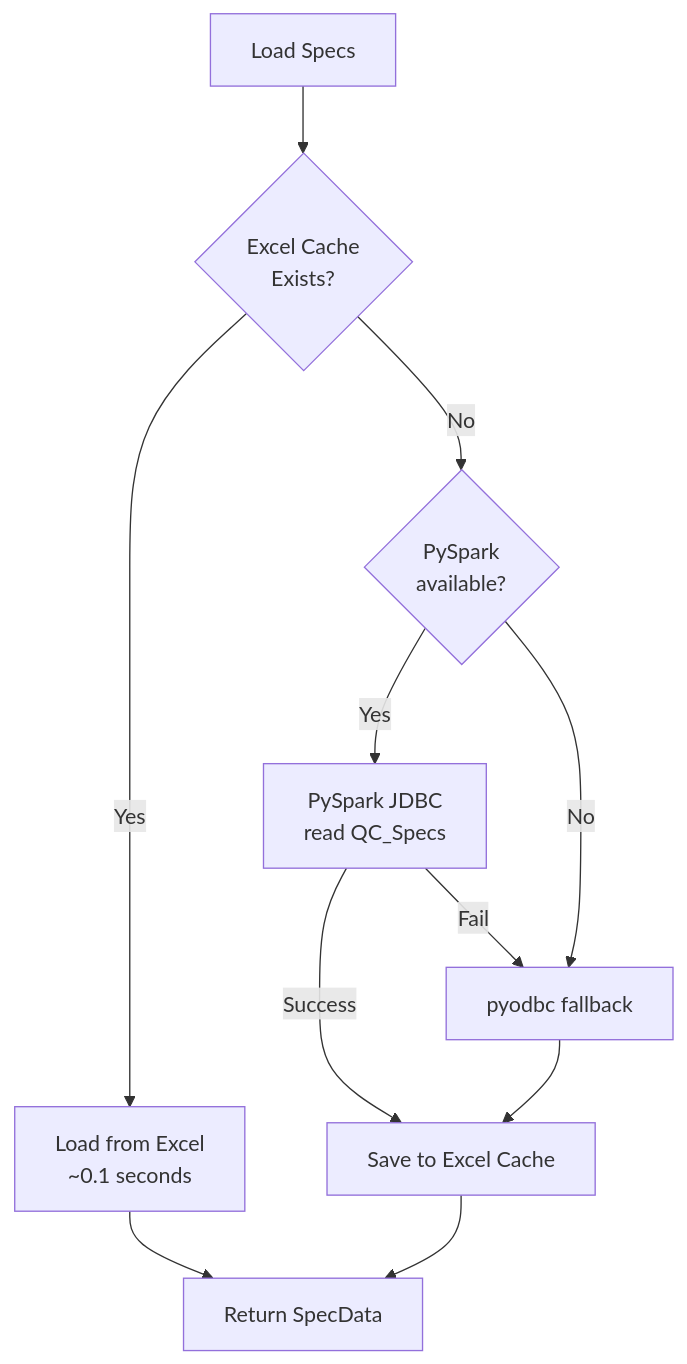
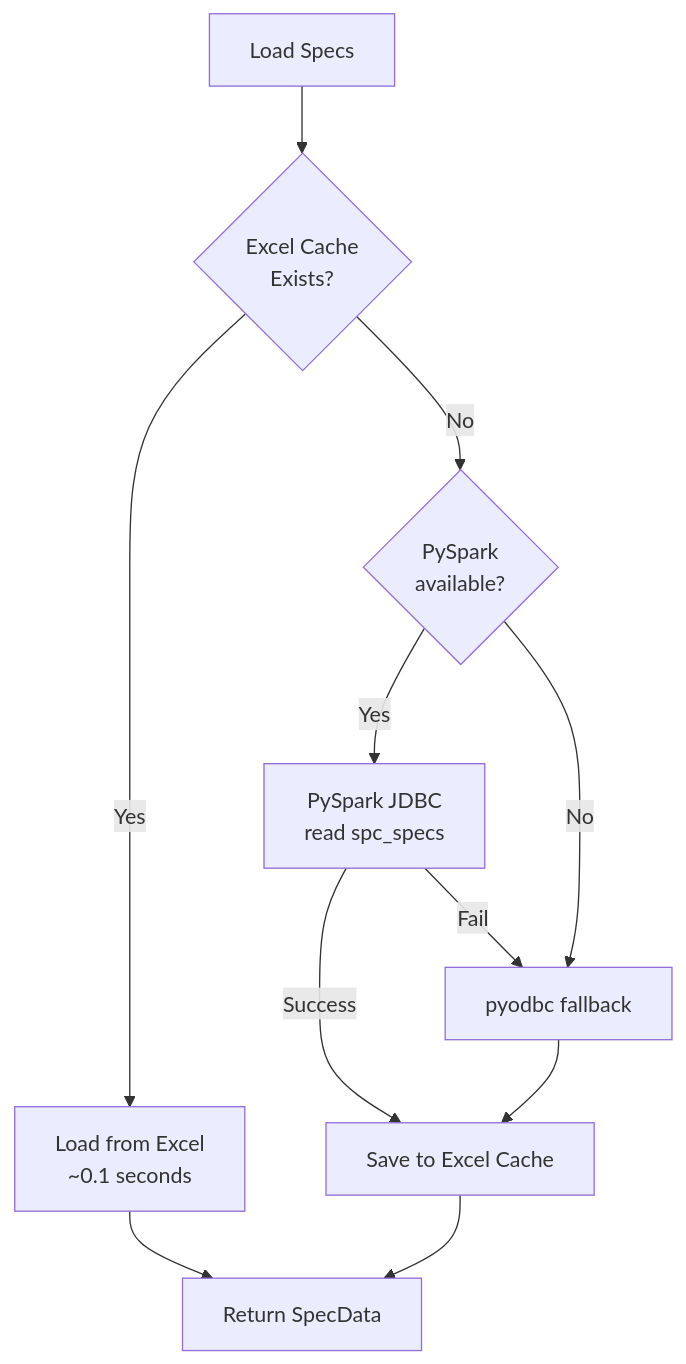
Before and after one commit to KSangmuang/SPC-Dashboard: diagram 11 of 12 in README.md, drawn with Mermaid. The commit also changed other lines of this file, not shown here.

````diff
--- a/README.md
+++ b/README.md
@@ -978,13 +1154,13 @@
 ```mermaid
 flowchart TD
     START[Load Specs] --> CHECK{Excel Cache<br/>Exists?}
     CHECK -->|Yes| LOAD_EXCEL[Load from Excel<br/>~0.1 seconds]
     CHECK -->|No| TRY_SPARK{PySpark<br/>available?}
-    TRY_SPARK -->|Yes| SPARK[PySpark JDBC<br/>read QC_Specs]
+    TRY_SPARK -->|Yes| SPARK[PySpark JDBC<br/>read spc_specs]
     TRY_SPARK -->|No| ODBC[pyodbc fallback]
     SPARK -->|Success| SAVE[Save to Excel Cache]
     SPARK -->|Fail| ODBC
     ODBC --> SAVE
     SAVE --> RETURN[Return SpecData]
     LOAD_EXCEL --> RETURN
 ```
````
